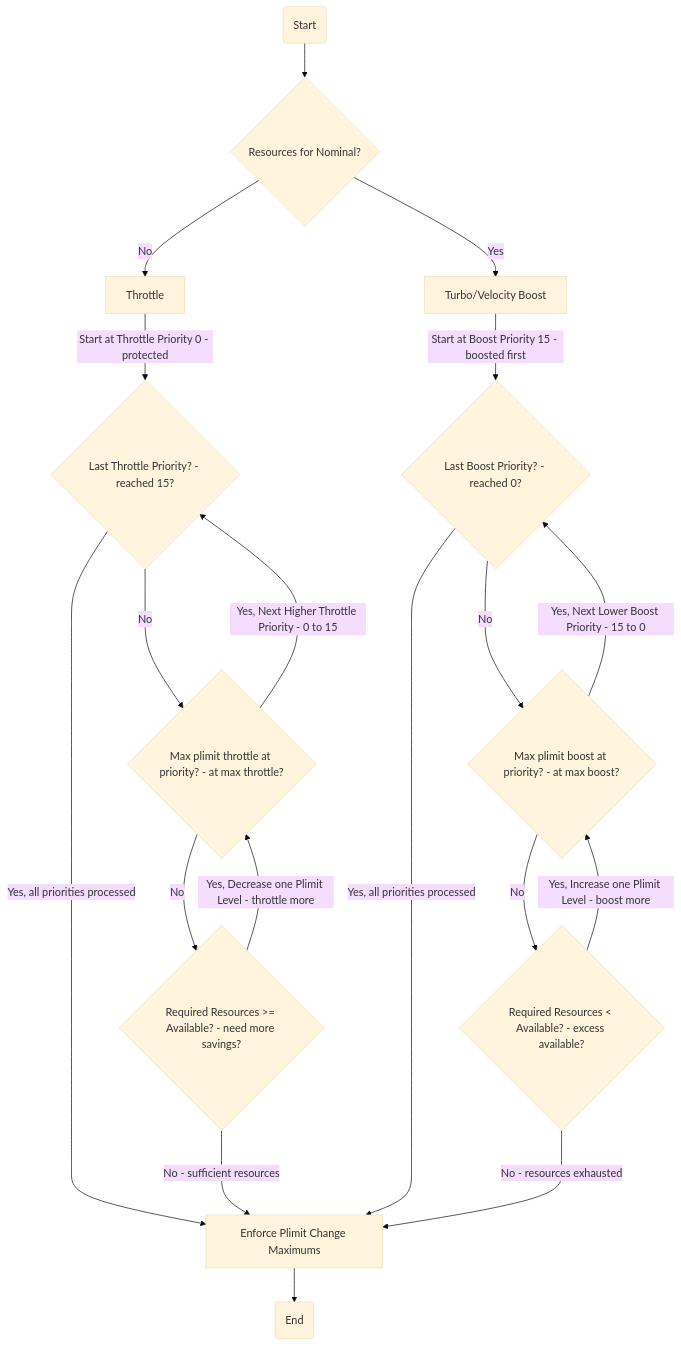
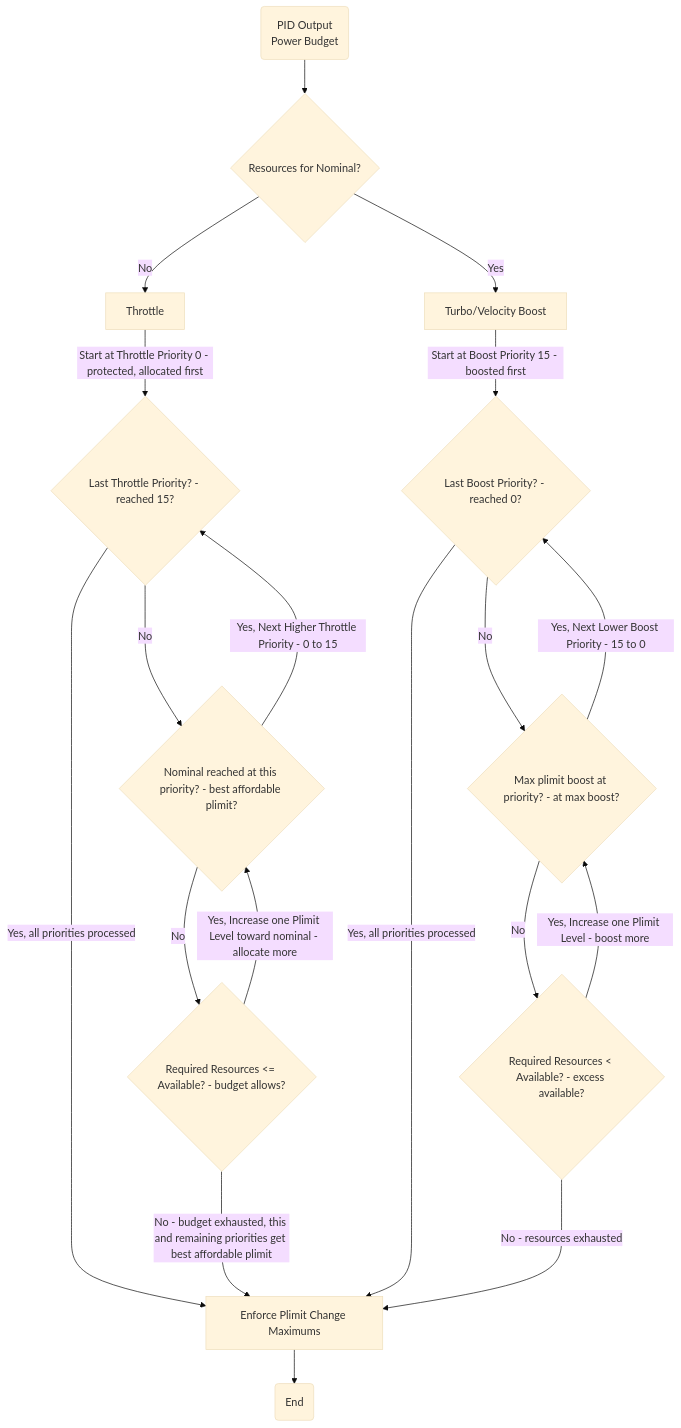
Before and after one commit to jivahire-com/cpp-thread-safe-cache: the fifth of 16 diagrams in docs/development/FirmwareDesign/PowerManagement.md, drawn with Mermaid (base theme). The commit also changed other lines of this file and 10 other files, not shown here.

````diff
--- a/docs/development/FirmwareDesign/PowerManagement.md
+++ b/docs/development/FirmwareDesign/PowerManagement.md
@@ -903,24 +907,24 @@
 ```mermaid
 flowchart TD
-    Init1(Start) --> Init2{Resources for Nominal?}
+    Init1(PID Output <br> Power Budget) --> Init2{Resources for Nominal?}
     Init2 -->|No| Throttle1[Throttle]
     Init2 -->|Yes| Turbo1[Turbo/Velocity Boost]
     
-    Throttle1 -->|Start at Throttle Priority 0 - protected| Throttle2{Last Throttle Priority? - reached 15?}
-    Throttle2 --->|No| Throttle3{Max plimit throttle at priority? - at max throttle?}
+    Throttle1 -->|Start at Throttle Priority 0 - protected, allocated first| Throttle2{Last Throttle Priority? - reached 15?}
+    Throttle2 --->|No| Throttle3{Nominal reached at this priority? - best affordable plimit?}
     Throttle2 ------>|Yes, all priorities processed| End
     Throttle3 -->|Yes, Next Higher Throttle Priority - 0 to 15| Throttle2
-    Throttle3 -->|No| Throttle4{Required Resources >= Available? - need more savings?}
-    Throttle4 -->|Yes, Decrease one Plimit Level - throttle more| Throttle3
-    Throttle4 -->|No - sufficient resources| End
+    Throttle3 -->|No| Throttle4{Required Resources <= Available? - budget allows?}
+    Throttle4 -->|Yes, Increase one Plimit Level toward nominal - allocate more| Throttle3
+    Throttle4 -->|No - budget exhausted, this and remaining priorities get best affordable plimit| End
     
     Turbo1 -->|Start at Boost Priority 15 - boosted first| Turbo2{Last Boost Priority? - reached 0?}
     Turbo2 --->|No| Turbo3{Max plimit boost at priority? - at max boost?}
     Turbo2 ------>|Yes, all priorities processed| End
     Turbo3 -->|Yes, Next Lower Boost Priority - 15 to 0| Turbo2
     Turbo3 -->|No| Turbo4{Required Resources < Available? - excess available?}
     Turbo4 -->|Yes, Increase one Plimit Level - boost more| Turbo3
     Turbo4 -->|No - resources exhausted| End
     End[Enforce Plimit Change Maximums]
     End --> End2(End)
 ```
````
